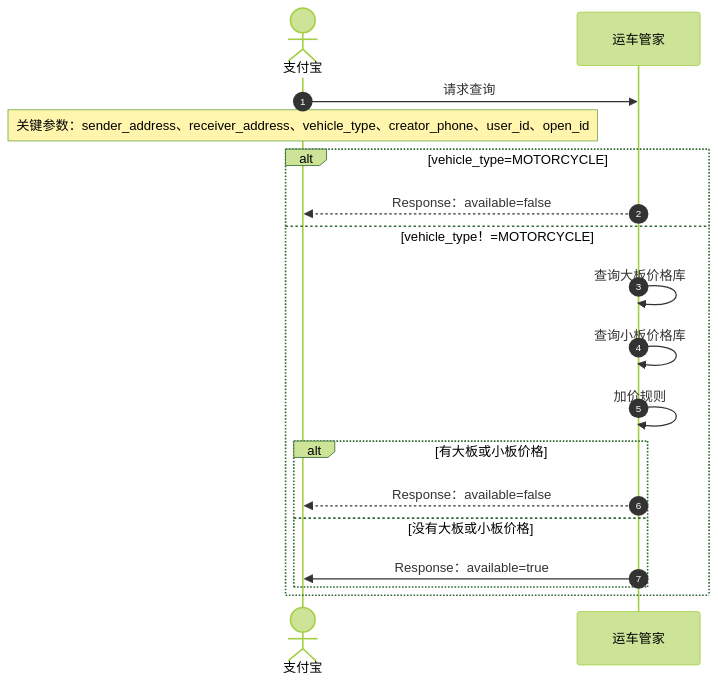
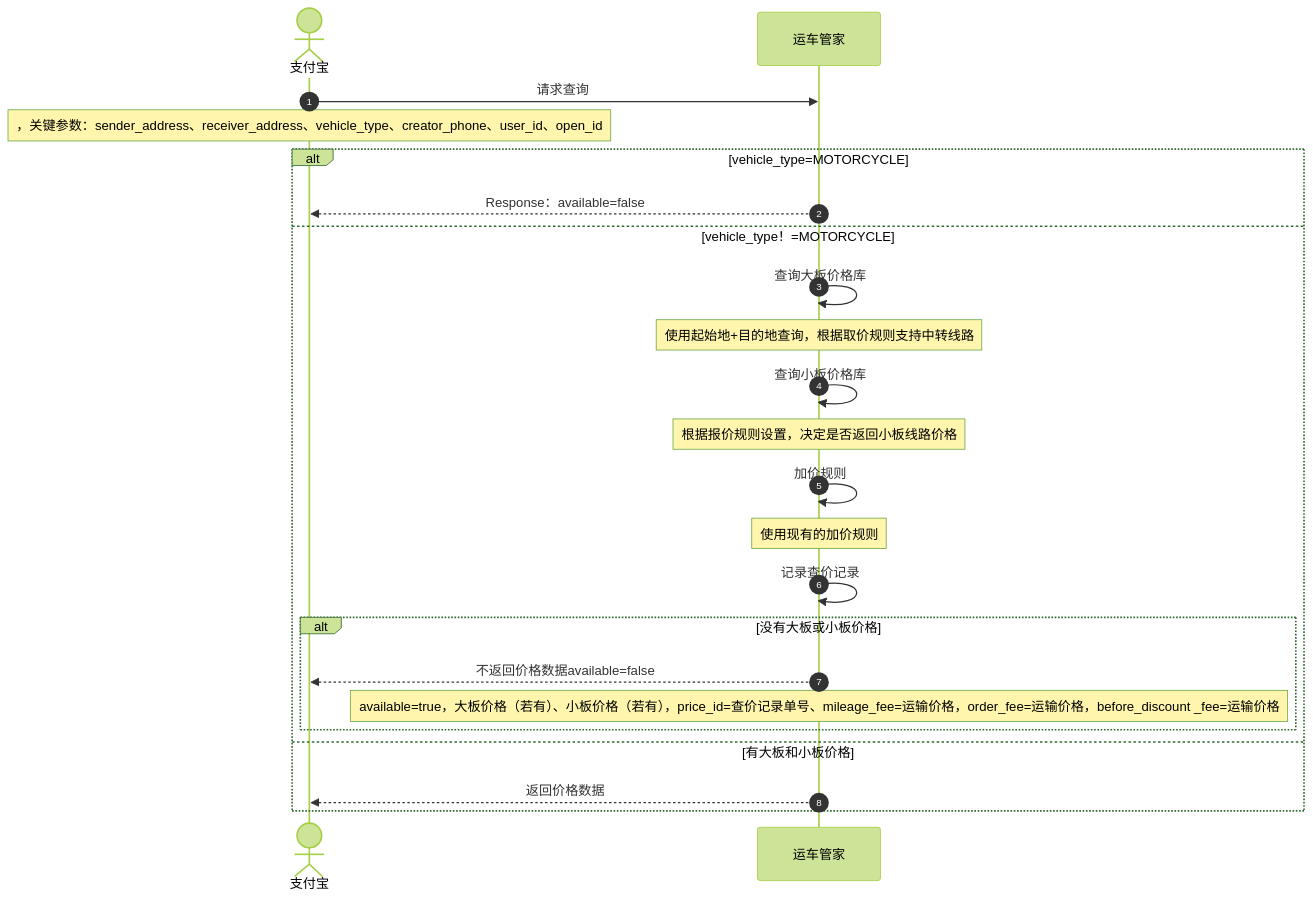
One commit to pingpm/mermaid_vault changed the diagram in notes/运价查询接口_b66f33fe-f22a-4010-b0a8-42139f03c121.md. Above: the diagram before and after it, drawn with Mermaid (forest theme). The commit also changed 3 other files, not shown here.

Commit message:
Sync Mermaid Studio data (17 diagrams)

````diff
--- a/notes/运价查询接口_b66f33fe-f22a-4010-b0a8-42139f03c121.md
+++ b/notes/运价查询接口_b66f33fe-f22a-4010-b0a8-42139f03c121.md
@@ -3,21 +3,26 @@
 ```mermaid
 sequenceDiagram
   autonumber
   actor p0 as 支付宝
   participant p1 as 运车管家
   p0->>p1: 请求查询
-  Note over p0: 关键参数：sender_address、receiver_address、vehicle_type、creator_phone、user_id、open_id
+  Note over p0: ，关键参数：sender_address、receiver_address、vehicle_type、creator_phone、user_id、open_id
   alt vehicle_type=MOTORCYCLE
   p1-->>p0: Response：available=false
   else vehicle_type！=MOTORCYCLE
   p1->>p1: 查询大板价格库
+  Note over p1: 使用起始地+目的地查询，根据取价规则支持中转线路
   p1->>p1: 查询小板价格库
+  Note over p1: 根据报价规则设置，决定是否返回小板线路价格
   p1->>p1: 加价规则
-  alt 有大板或小板价格
-  p1-->>p0: Response：available=false
-  else 没有大板或小板价格
-  p1->>p0: Response：available=true
+  Note over p1: 使用现有的加价规则
+  p1->>p1: 记录查价记录
+  alt 没有大板或小板价格
+  p1-->>p0: 不返回价格数据available=false
+  Note over p1: available=true，大板价格（若有）、小板价格（若有），price_id=查价记录单号、mileage_fee=运输价格，order_fee=运输价格，before_discount _fee=运输价格
   end
+  else 有大板和小板价格
+  p1-->>p0: 返回价格数据
   end
 
 ```
````
